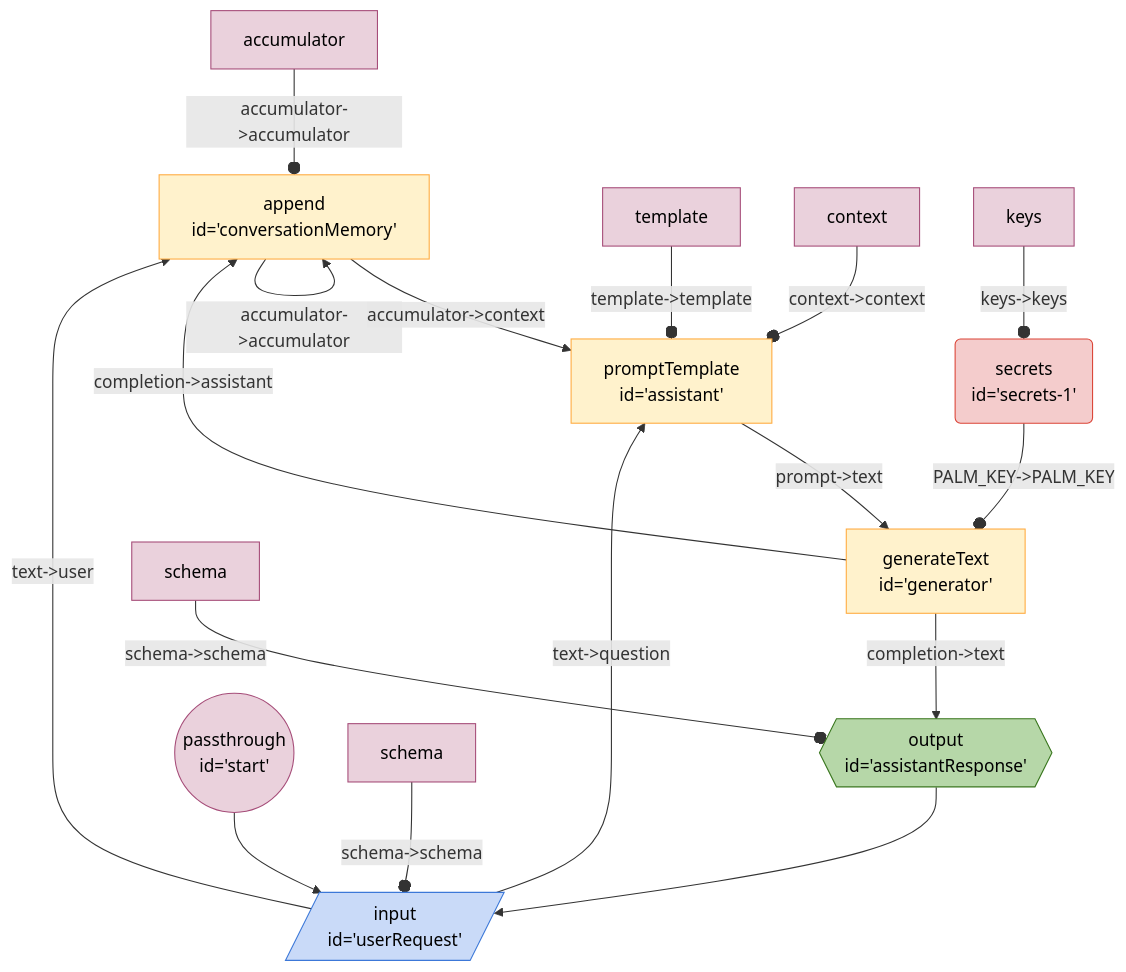
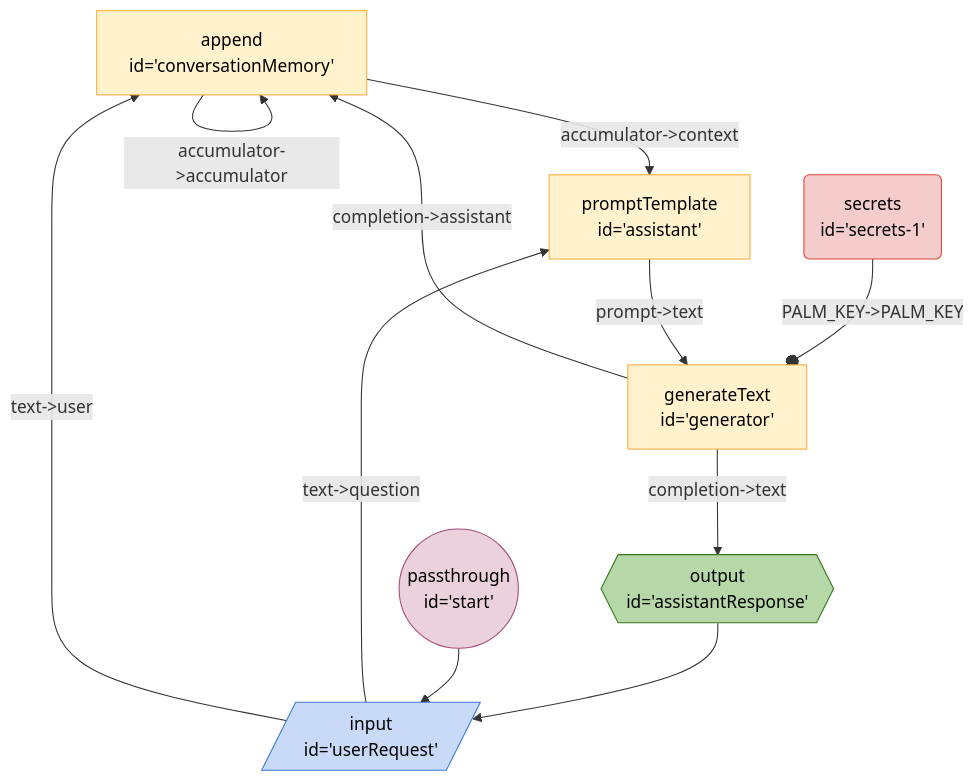
One commit to breadboard-ai/breadboard changed the diagram in seeds/graph-playground/docs/graphs/accumulating-context.md. Above: the diagram before and after it, drawn with Mermaid. The commit also changed 30 other files, not shown here.

````diff
--- a/seeds/graph-playground/docs/graphs/accumulating-context.md
+++ b/seeds/graph-playground/docs/graphs/accumulating-context.md
@@ -5,28 +5,22 @@
   ```mermaid
   %%{init: 'themeVariables': { 'fontFamily': 'Fira Code, monospace' }}%%
 graph TD;
 conversationMemory["append <br> id='conversationMemory'"] -- "accumulator->accumulator" --> conversationMemory["append <br> id='conversationMemory'"]
 secrets1("secrets <br> id='secrets-1'"):::secrets -- "PALM_KEY->PALM_KEY" --o generator["generateText <br> id='generator'"]
 conversationMemory["append <br> id='conversationMemory'"] -- "accumulator->context" --> assistant["promptTemplate <br> id='assistant'"]
 generator["generateText <br> id='generator'"] -- "completion->assistant" --> conversationMemory["append <br> id='conversationMemory'"]
 assistantResponse{{"output <br> id='assistantResponse'"}}:::output --> userRequest[/"input <br> id='userRequest'"/]:::input
 generator["generateText <br> id='generator'"] -- "completion->text" --> assistantResponse{{"output <br> id='assistantResponse'"}}:::output
 assistant["promptTemplate <br> id='assistant'"] -- "prompt->text" --> generator["generateText <br> id='generator'"]
 userRequest[/"input <br> id='userRequest'"/]:::input -- "text->question" --> assistant["promptTemplate <br> id='assistant'"]
 userRequest[/"input <br> id='userRequest'"/]:::input -- "text->user" --> conversationMemory["append <br> id='conversationMemory'"]
 start(("passthrough <br> id='start'")):::passthrough --> userRequest[/"input <br> id='userRequest'"/]:::input
-schemauserRequest[schema]:::config -- "schema->schema" --o userRequest
-templateassistant[template]:::config -- "template->template" --o assistant
-contextassistant[context]:::config -- "context->context" --o assistant
-accumulatorconversationMemory[accumulator]:::config -- "accumulator->accumulator" --o conversationMemory
-keyssecrets1[keys]:::config -- "keys->keys" --o secrets1
-schemaassistantResponse[schema]:::config -- "schema->schema" --o assistantResponse
 classDef default stroke:#ffab40,fill:#fff2ccff,color:#000
 classDef input stroke:#3c78d8,fill:#c9daf8ff,color:#000
 classDef output stroke:#38761d,fill:#b6d7a8ff,color:#000
 classDef passthrough stroke:#a64d79,fill:#ead1dcff,color:#000
 classDef slot stroke:#a64d79,fill:#ead1dcff,color:#000
 classDef config stroke:#a64d79,fill:#ead1dcff,color:#000
 classDef secrets stroke:#db4437,fill:#f4cccc,color:#000
 classDef slotted stroke:#a64d79
   ```
````
